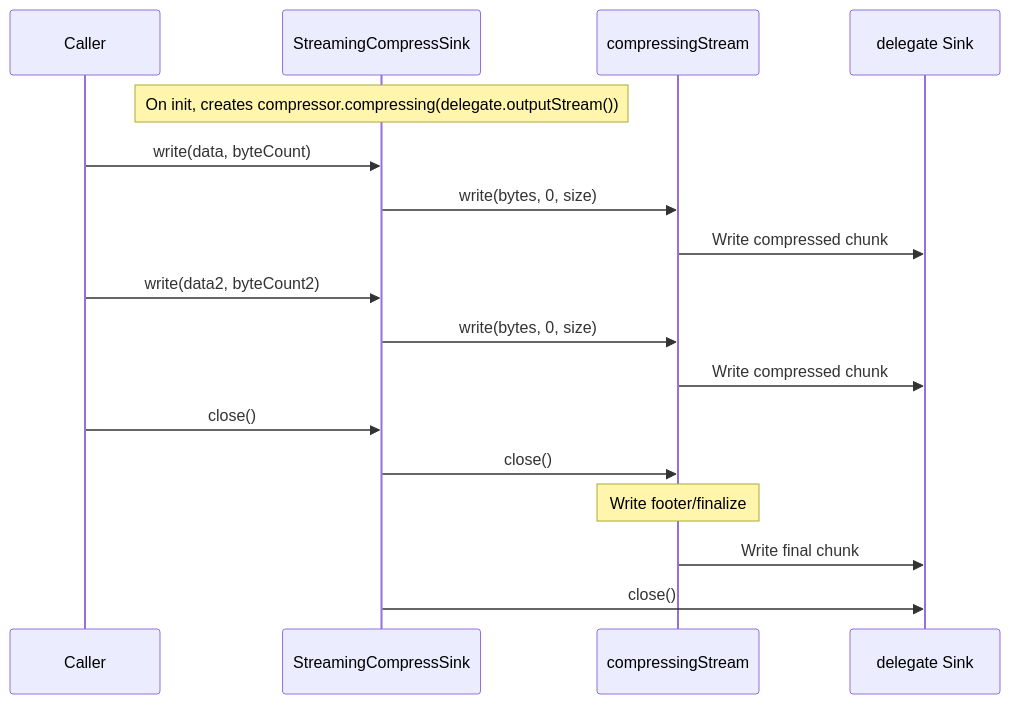
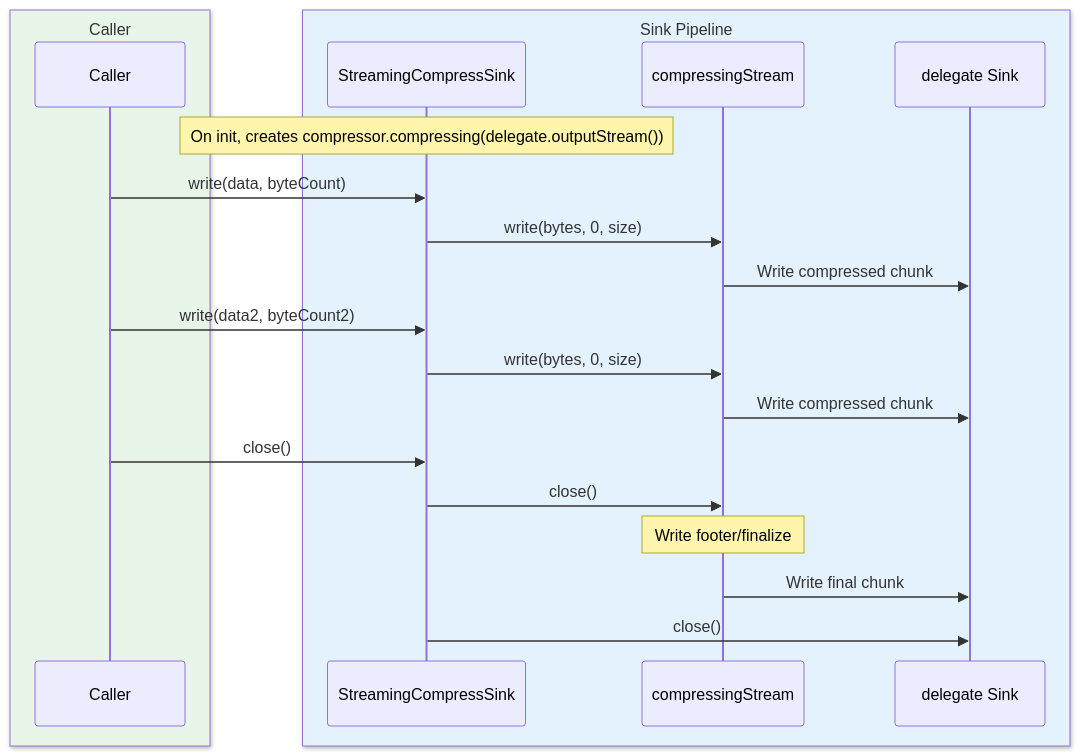
The sixth of 9 diagrams in io/okio/README.md (bluetape4k/bluetape4k-projects), drawn with Mermaid before and after one commit. The commit also changed other lines of this file and 221 other files, not shown here.

First line of the commit message:
docs: 전체 모듈 README UML 다이어그램 보강 및 색상 업그레이드

````diff
--- a/io/okio/README.md
+++ b/io/okio/README.md
@@ -572,23 +614,27 @@
 ```mermaid
 sequenceDiagram
-    participant C as Caller
-    participant SS as StreamingCompressSink
-    participant CS as compressingStream
-    participant D as delegate Sink
+    box rgb(232, 245, 233) Caller
+        participant C as Caller
+    end
+    box rgb(227, 242, 253) Sink Pipeline
+        participant SS as StreamingCompressSink
+        participant CS as compressingStream
+        participant D as delegate Sink
+    end
 
     Note over SS: On init, creates compressor.compressing(delegate.outputStream())
 
     C->>SS: write(data, byteCount)
     SS->>CS: write(bytes, 0, size)
     CS->>D: Write compressed chunk
 
     C->>SS: write(data2, byteCount2)
     SS->>CS: write(bytes, 0, size)
     CS->>D: Write compressed chunk
 
     C->>SS: close()
     SS->>CS: close()
     Note over CS: Write footer/finalize
     CS->>D: Write final chunk
     SS->>D: close()
 ```
````
